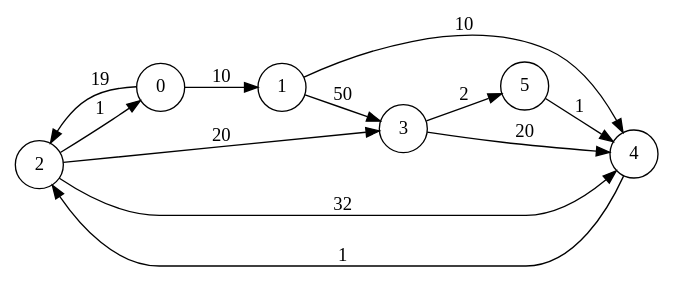
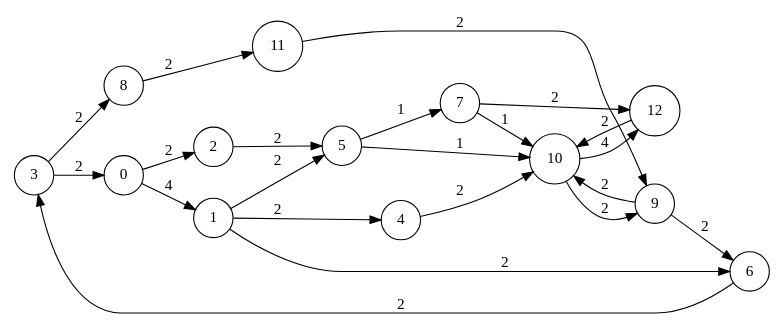
One commit to scanim-valentin/functional-programming-project changed the diagram in iterations/iter0.dot. Above: the diagram before and after it, drawn with Graphviz. The commit also changed 7 other files, not shown here.

```diff
--- a/iterations/iter0.dot
+++ b/iterations/iter0.dot
@@ -1,16 +1,26 @@
 digraph my_graph {
     rankdir=LR;
     size="8,5"
     node [shape = circle];
-    2 -> 0 [label="1"];
-    2 -> 4 [label="32"];
-    2 -> 3 [label="20"];
-    0 -> 2 [label="19"];
-    0 -> 1 [label="10"];
-    4 -> 2 [label="1"];
-    5 -> 4 [label="1"];
-    1 -> 4 [label="10"];
-    1 -> 3 [label="50"];
-    3 -> 4 [label="20"];
-    3 -> 5 [label="2"];
+    3 -> 0 [label="2"];
+    3 -> 8 [label="2"];
+    0 -> 2 [label="2"];
+    0 -> 1 [label="4"];
+    6 -> 3 [label="2"];
+    9 -> 6 [label="2"];
+    9 -> 10 [label="2"];
+    10 -> 9 [label="2"];
+    10 -> 12 [label="4"];
+    12 -> 10 [label="2"];
+    1 -> 4 [label="2"];
+    1 -> 6 [label="2"];
+    1 -> 5 [label="2"];
+    4 -> 10 [label="2"];
+    2 -> 5 [label="2"];
+    8 -> 11 [label="2"];
+    11 -> 9 [label="2"];
+    5 -> 10 [label="1"];
+    5 -> 7 [label="1"];
+    7 -> 12 [label="2"];
+    7 -> 10 [label="1"];
 }
```
